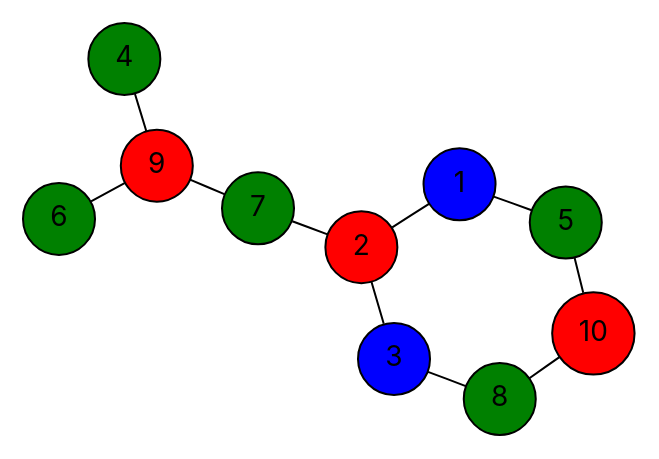
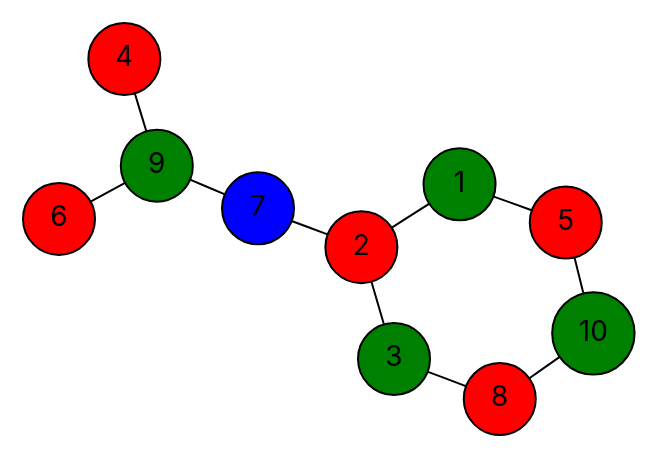
One commit to vercah/vertex-coloring changed the diagram in data/final-dots/ex-01-parallel.dot. Above: the diagram before and after it, drawn with Graphviz. The commit also changed 92 other files, not shown here.

```diff
--- a/data/final-dots/ex-01-parallel.dot
+++ b/data/final-dots/ex-01-parallel.dot
@@ -1,26 +1,26 @@
 graph G {
   layout=neato;
   overlap=false;
   splines=true;
   node [shape=circle, style=filled, fontname=Inter];
-  1 [label="1", fillcolor="blue", tooltip="v1 color 2"];
+  1 [label="1", fillcolor="green", tooltip="v1 color 1"];
   2 [label="2", fillcolor="red", tooltip="v2 color 0"];
-  3 [label="3", fillcolor="blue", tooltip="v3 color 2"];
-  4 [label="4", fillcolor="green", tooltip="v4 color 1"];
-  5 [label="5", fillcolor="green", tooltip="v5 color 1"];
-  6 [label="6", fillcolor="green", tooltip="v6 color 1"];
-  7 [label="7", fillcolor="green", tooltip="v7 color 1"];
-  8 [label="8", fillcolor="green", tooltip="v8 color 1"];
-  9 [label="9", fillcolor="red", tooltip="v9 color 0"];
-  10 [label="10", fillcolor="red", tooltip="v10 color 0"];
+  3 [label="3", fillcolor="green", tooltip="v3 color 1"];
+  4 [label="4", fillcolor="red", tooltip="v4 color 0"];
+  5 [label="5", fillcolor="red", tooltip="v5 color 0"];
+  6 [label="6", fillcolor="red", tooltip="v6 color 0"];
+  7 [label="7", fillcolor="blue", tooltip="v7 color 2"];
+  8 [label="8", fillcolor="red", tooltip="v8 color 0"];
+  9 [label="9", fillcolor="green", tooltip="v9 color 1"];
+  10 [label="10", fillcolor="green", tooltip="v10 color 1"];
   1 -- 2;
   1 -- 5;
   2 -- 3;
   2 -- 7;
   3 -- 8;
   4 -- 9;
   5 -- 10;
   6 -- 9;
   7 -- 9;
   8 -- 10;
 }
```
